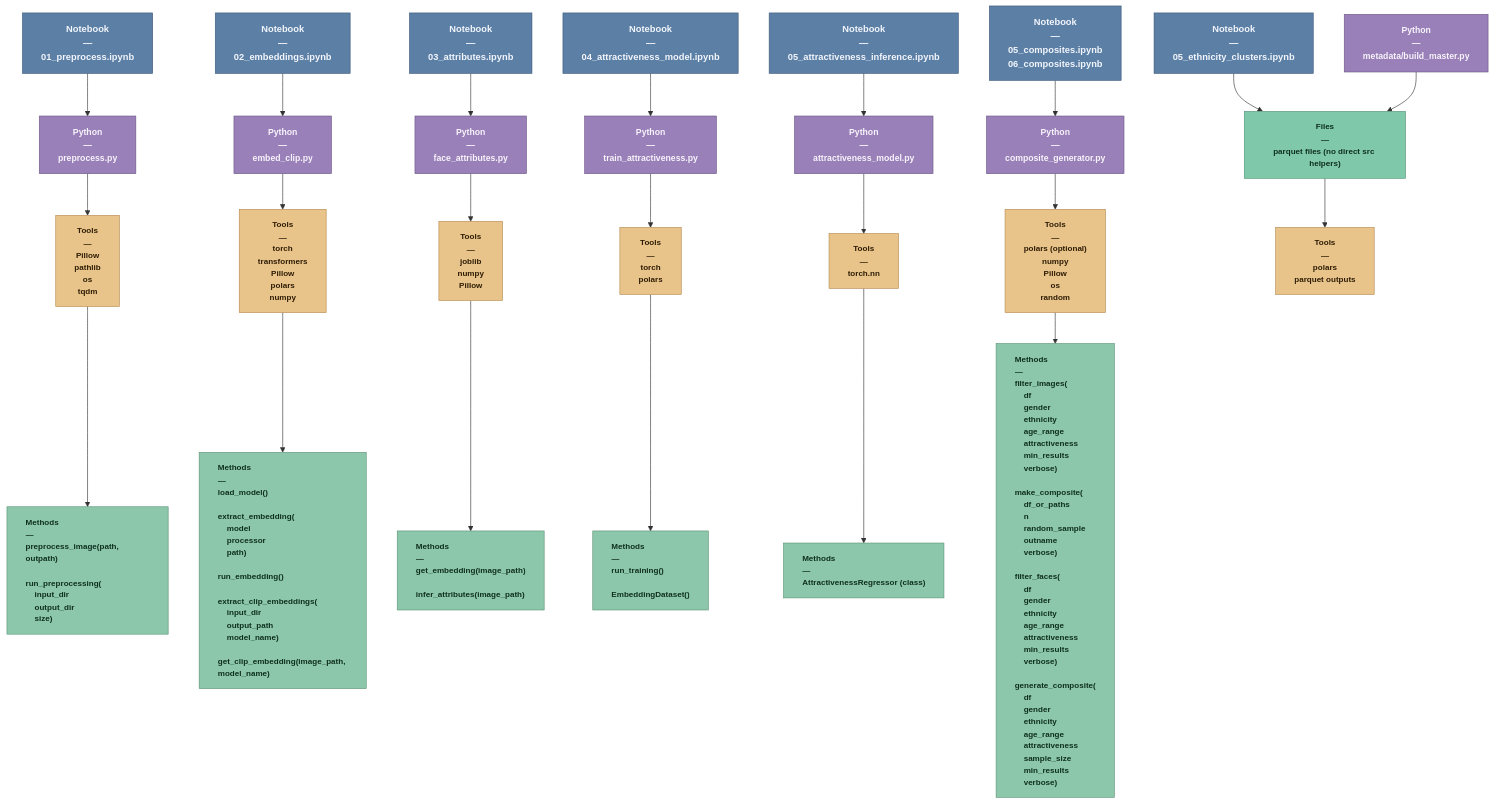
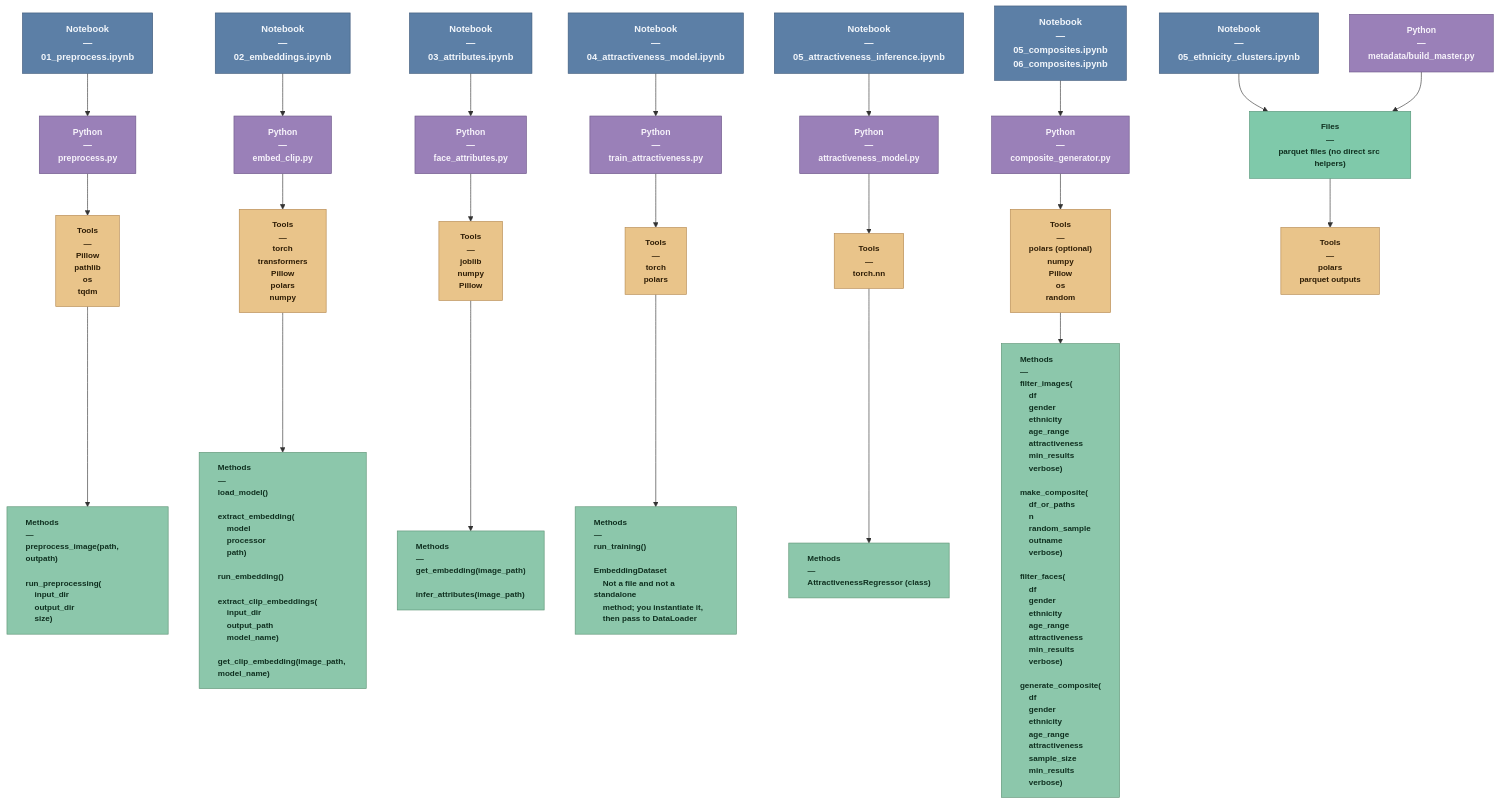
The first of 5 diagrams in schematics_4_0.md (jayklarin/FaceStats), drawn with Mermaid before and after one commit. The commit also changed other lines of this file and 3 other files, not shown here.

````diff
--- a/schematics_4_0.md
+++ b/schematics_4_0.md
@@ -4,59 +4,59 @@
 ```mermaid
 flowchart TB
 
     classDef notebook fill:#5c7fa6,stroke:#3f5a7b,color:#f2f6fb,font-size:15px,font-weight:bold;
     classDef python fill:#9a80b8,stroke:#6d5789,color:#f7f3fb,font-size:14px,font-weight:bold;
     classDef methods fill:#8cc7ab,stroke:#5e9475,color:#0f2f1f,font-size:13px,font-weight:bold;
     classDef tools fill:#e9c48a,stroke:#b58950,color:#2d1c05,font-size:13px,font-weight:bold;
     classDef files fill:#7fc9aa,stroke:#549578,color:#0f2f1f,font-size:13px,font-weight:bold;
 
     %% 01_preprocess
     N01["<b>Notebook</b><br>—<br>01_preprocess.ipynb"]
     N01 --> P1["<b>Python</b><br>—<br>preprocess.py"]
     P1 --> T1["<b>Tools</b><br>—<br>Pillow<br>pathlib<br>os<br>tqdm"]
     T1 --> P1M["<div style='text-align:left'><b>Methods</b><br>—<br>preprocess_image(path, outpath)<br><br>run_preprocessing(<br>&nbsp;&nbsp;&nbsp;&nbsp;input_dir<br>&nbsp;&nbsp;&nbsp;&nbsp;output_dir<br>&nbsp;&nbsp;&nbsp;&nbsp;size)</div>"]
 
     %% 02_embeddings
     N02["<b>Notebook</b><br>—<br>02_embeddings.ipynb"]
     N02 --> E1["<b>Python</b><br>—<br>embed_clip.py"]
     E1 --> T2["<b>Tools</b><br>—<br>torch<br>transformers<br>Pillow<br>polars<br>numpy"]
     T2 --> E1M["<div style='text-align:left'><b>Methods</b><br>—<br>load_model()<br><br>extract_embedding(<br>&nbsp;&nbsp;&nbsp;&nbsp;model<br>&nbsp;&nbsp;&nbsp;&nbsp;processor<br>&nbsp;&nbsp;&nbsp;&nbsp;path)<br><br>run_embedding()<br><br>extract_clip_embeddings(<br>&nbsp;&nbsp;&nbsp;&nbsp;input_dir<br>&nbsp;&nbsp;&nbsp;&nbsp;output_path<br>&nbsp;&nbsp;&nbsp;&nbsp;model_name)<br><br>get_clip_embedding(image_path, model_name)</div>"]
 
     %% 03_attributes
     N03["<b>Notebook</b><br>—<br>03_attributes.ipynb"]
     N03 --> A1["<b>Python</b><br>—<br>face_attributes.py"]
     A1 --> T3["<b>Tools</b><br>—<br>joblib<br>numpy<br>Pillow"]
     T3 --> A1M["<div style='text-align:left'><b>Methods</b><br>—<br>get_embedding(image_path)<br><br>infer_attributes(image_path)</div>"]
 
     %% 04_attractiveness_model
     N04["<b>Notebook</b><br>—<br>04_attractiveness_model.ipynb"]
     N04 --> M1["<b>Python</b><br>—<br>train_attractiveness.py"]
     M1 --> T4["<b>Tools</b><br>—<br>torch<br>polars"]
-    T4 --> M1M["<div style='text-align:left'><b>Methods</b><br>—<br>run_training()<br><br>EmbeddingDataset()</div>"]
+    T4 --> M1M["<div style='text-align:left'><b>Methods</b><br>—<br>run_training()<br><br>EmbeddingDataset<br>&nbsp;&nbsp;&nbsp;&nbsp;Not a file and not a standalone<br>&nbsp;&nbsp;&nbsp;&nbsp;method; you instantiate it,<br>&nbsp;&nbsp;&nbsp;&nbsp;then pass to DataLoader</div>"]
 
     %% 05_attractiveness_inference
     N05a["<b>Notebook</b><br>—<br>05_attractiveness_inference.ipynb"]
     N05a --> M2["<b>Python</b><br>—<br>attractiveness_model.py"]
     M2 --> T5["<b>Tools</b><br>—<br>torch.nn"]
     T5 --> M2M["<div style='text-align:left'><b>Methods</b><br>—<br>AttractivenessRegressor (class)</div>"]
 
     %% 05_composites / 06_composites
     N05b["<b>Notebook</b><br>—<br>05_composites.ipynb<br>06_composites.ipynb"]
     N05b --> C1["<b>Python</b><br>—<br>composite_generator.py"]
     C1 --> T6["<b>Tools</b><br>—<br>polars (optional)<br>numpy<br>Pillow<br>os<br>random"]
     T6 --> C1M["<div style='text-align:left'><b>Methods</b><br>—<br>filter_images(<br>&nbsp;&nbsp;&nbsp;&nbsp;df<br>&nbsp;&nbsp;&nbsp;&nbsp;gender<br>&nbsp;&nbsp;&nbsp;&nbsp;ethnicity<br>&nbsp;&nbsp;&nbsp;&nbsp;age_range<br>&nbsp;&nbsp;&nbsp;&nbsp;attractiveness<br>&nbsp;&nbsp;&nbsp;&nbsp;min_results<br>&nbsp;&nbsp;&nbsp;&nbsp;verbose)<br><br>make_composite(<br>&nbsp;&nbsp;&nbsp;&nbsp;df_or_paths<br>&nbsp;&nbsp;&nbsp;&nbsp;n<br>&nbsp;&nbsp;&nbsp;&nbsp;random_sample<br>&nbsp;&nbsp;&nbsp;&nbsp;outname<br>&nbsp;&nbsp;&nbsp;&nbsp;verbose)<br><br>filter_faces(<br>&nbsp;&nbsp;&nbsp;&nbsp;df<br>&nbsp;&nbsp;&nbsp;&nbsp;gender<br>&nbsp;&nbsp;&nbsp;&nbsp;ethnicity<br>&nbsp;&nbsp;&nbsp;&nbsp;age_range<br>&nbsp;&nbsp;&nbsp;&nbsp;attractiveness<br>&nbsp;&nbsp;&nbsp;&nbsp;min_results<br>&nbsp;&nbsp;&nbsp;&nbsp;verbose)<br><br>generate_composite(<br>&nbsp;&nbsp;&nbsp;&nbsp;df<br>&nbsp;&nbsp;&nbsp;&nbsp;gender<br>&nbsp;&nbsp;&nbsp;&nbsp;ethnicity<br>&nbsp;&nbsp;&nbsp;&nbsp;age_range<br>&nbsp;&nbsp;&nbsp;&nbsp;attractiveness<br>&nbsp;&nbsp;&nbsp;&nbsp;sample_size<br>&nbsp;&nbsp;&nbsp;&nbsp;min_results<br>&nbsp;&nbsp;&nbsp;&nbsp;verbose)</div>"]
 
     %% 05_ethnicity_clusters + metadata build (kept as-is)
     N05c["<b>Notebook</b><br>—<br>05_ethnicity_clusters.ipynb"]
     Glue["<b>Python</b><br>—<br>metadata/build_master.py"]
     N05c --> D1
     Glue --> D1
     D1["<b>Files</b><br>—<br>parquet files (no direct src helpers)"]
     D1 --> T78["<b>Tools</b><br>—<br>polars<br>parquet outputs"]
 
     class N01,N02,N03,N04,N05a,N05b,N05c notebook;
     class P1,E1,A1,M1,M2,C1,Glue python;
     class P1M,E1M,A1M,M1M,M2M,C1M methods;
     class T1,T2,T3,T4,T5,T6,T78 tools;
     class D1 files;
 ```
````
